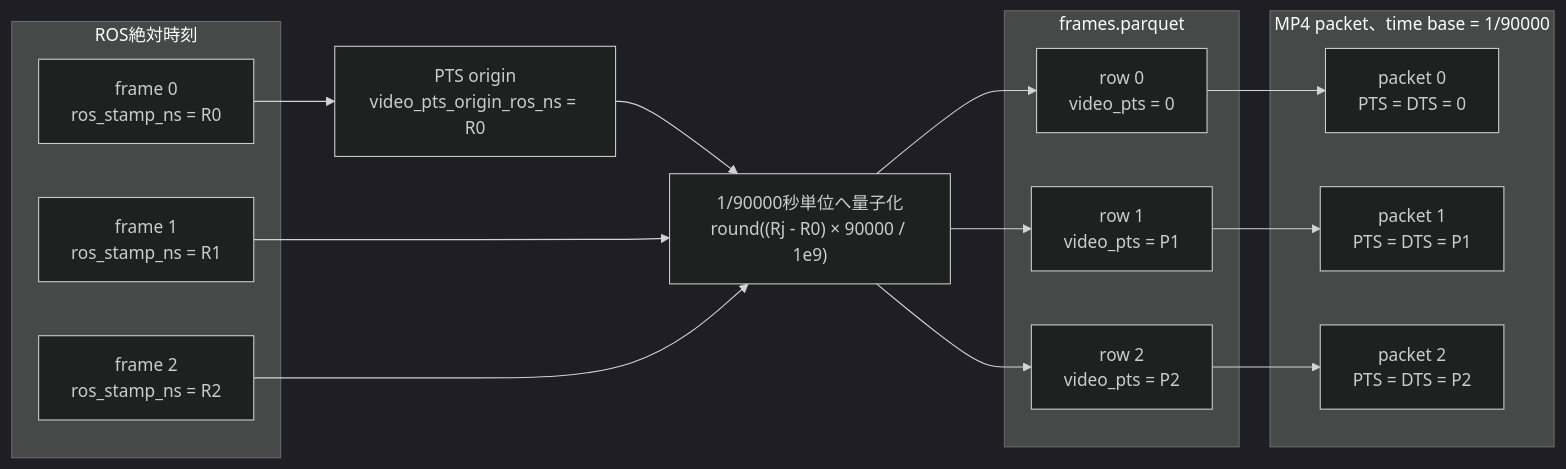
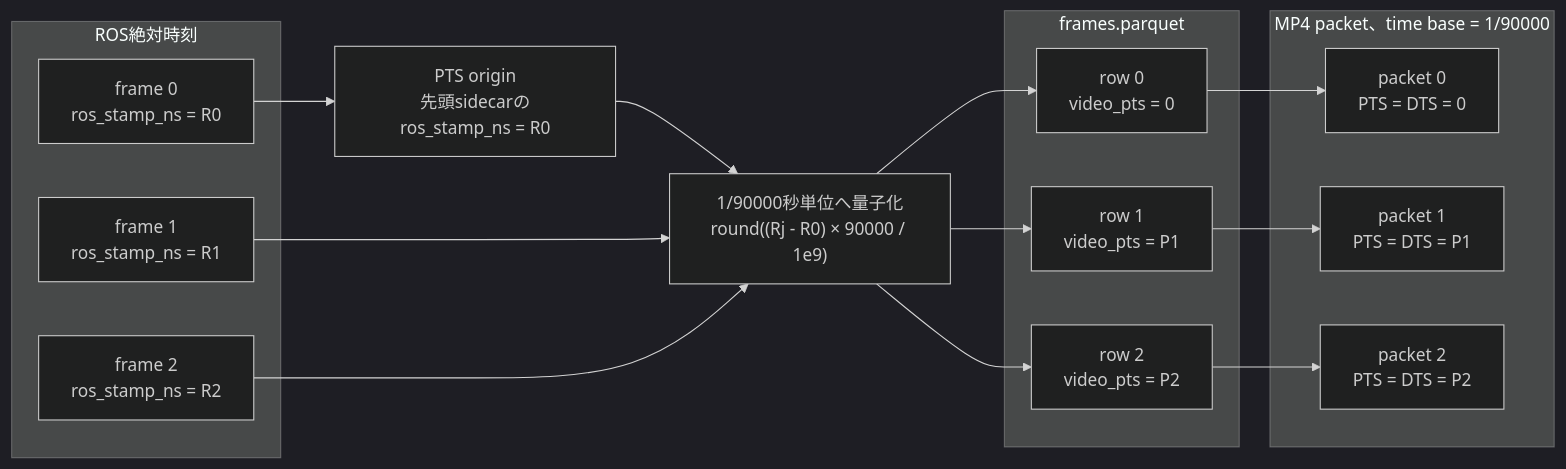
Before and after one commit to takatronix/fluent_vision_ros2: the third of 11 diagrams in src/streaming/fv_lerobot_exporter/docs/lerobot_dataset_export.md, drawn with Mermaid (dark theme). The commit also changed other lines of this file and 19 other files, not shown here.

Commit message:
feat: establish episode schema v2 recording contract

````diff
--- a/src/streaming/fv_lerobot_exporter/docs/lerobot_dataset_export.md
+++ b/src/streaming/fv_lerobot_exporter/docs/lerobot_dataset_export.md
@@ -259,30 +262,30 @@
 ```mermaid
 flowchart LR
     subgraph ROS["ROS絶対時刻"]
         T0["frame 0<br/>ros_stamp_ns = R0"]
         T1["frame 1<br/>ros_stamp_ns = R1"]
         T2["frame 2<br/>ros_stamp_ns = R2"]
     end
 
-    ORIGIN["PTS origin<br/>video_pts_origin_ros_ns = R0"]
+    ORIGIN["PTS origin<br/>先頭sidecarのros_stamp_ns = R0"]
     QUANTIZE["1/90000秒単位へ量子化<br/>round((Rj - R0) × 90000 / 1e9)"]
 
     subgraph SIDECAR["frames.parquet"]
         S0["row 0<br/>video_pts = 0"]
         S1["row 1<br/>video_pts = P1"]
         S2["row 2<br/>video_pts = P2"]
     end
 
     subgraph MP4["MP4 packet、time base = 1/90000"]
         M0["packet 0<br/>PTS = DTS = 0"]
         M1["packet 1<br/>PTS = DTS = P1"]
         M2["packet 2<br/>PTS = DTS = P2"]
     end
 
     T0 --> ORIGIN --> QUANTIZE
     T1 --> QUANTIZE
     T2 --> QUANTIZE
     QUANTIZE --> S0 --> M0
     QUANTIZE --> S1 --> M1
     QUANTIZE --> S2 --> M2
 ```
````
